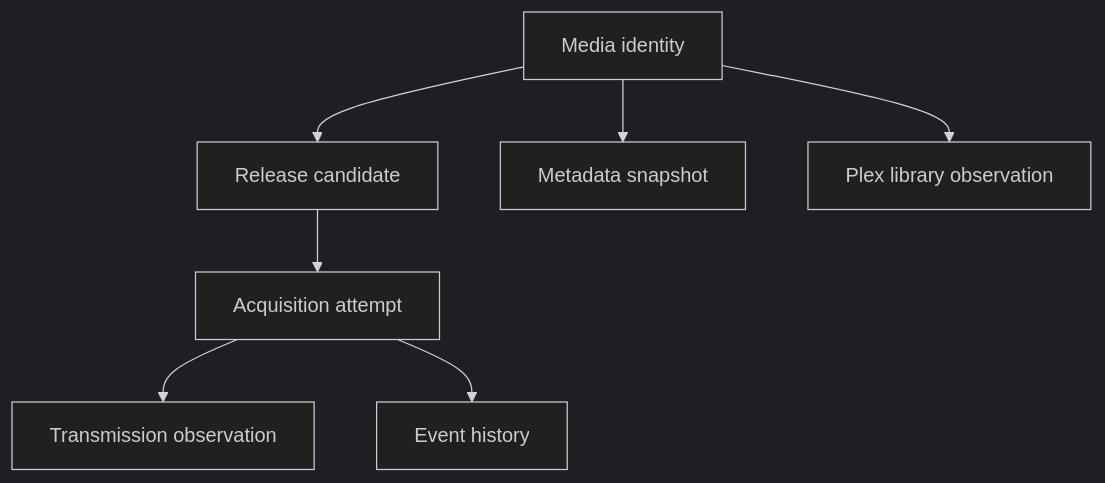
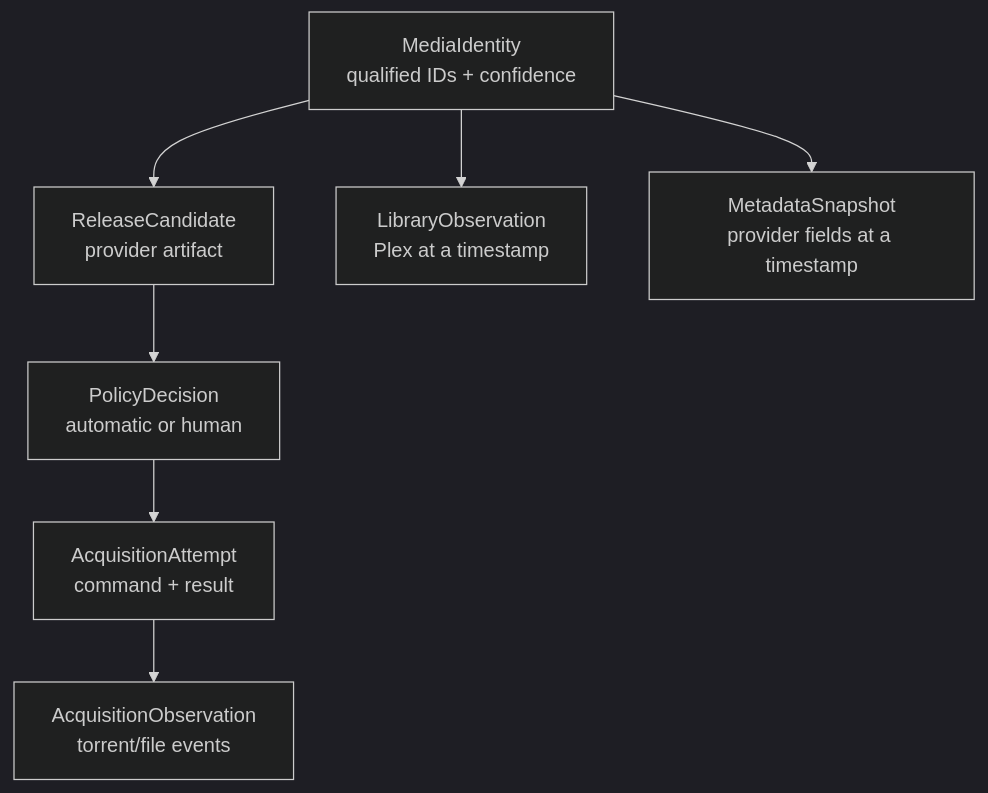
Before and after one commit to cesarnml/pirate-claw-for-dummies: the diagram in src/content/docs/strategy/rebuild-and-roadmap.md, drawn with Mermaid (dark theme). The commit also changed other lines of this file and 111 other files, not shown here.

Commit message:
docs: rewrite Pirate Claw architecture guide

````diff
--- a/src/content/docs/strategy/rebuild-and-roadmap.md
+++ b/src/content/docs/strategy/rebuild-and-roadmap.md
@@ -19,9 +23,17 @@
 ```mermaid
-flowchart TD
-  Identity[Media identity] --> Release[Release candidate]
-  Release --> Attempt[Acquisition attempt]
-  Attempt --> Torrent[Transmission observation]
-  Identity --> Enrichment[Metadata snapshot]
-  Identity --> Library[Plex library observation]
-  Attempt --> Event[Event history]
+flowchart TB
+  MI[MediaIdentity<br/>qualified IDs + confidence]
+  RC[ReleaseCandidate<br/>provider artifact]
+  PD[PolicyDecision<br/>automatic or human]
+  AA[AcquisitionAttempt<br/>command + result]
+  AO[AcquisitionObservation<br/>torrent/file events]
+  LO[LibraryObservation<br/>Plex at a timestamp]
+  MS[MetadataSnapshot<br/>provider fields at a timestamp]
+
+  MI --> RC
+  RC --> PD
+  PD --> AA
+  AA --> AO
+  MI --> LO
+  MI --> MS
 ```
````
